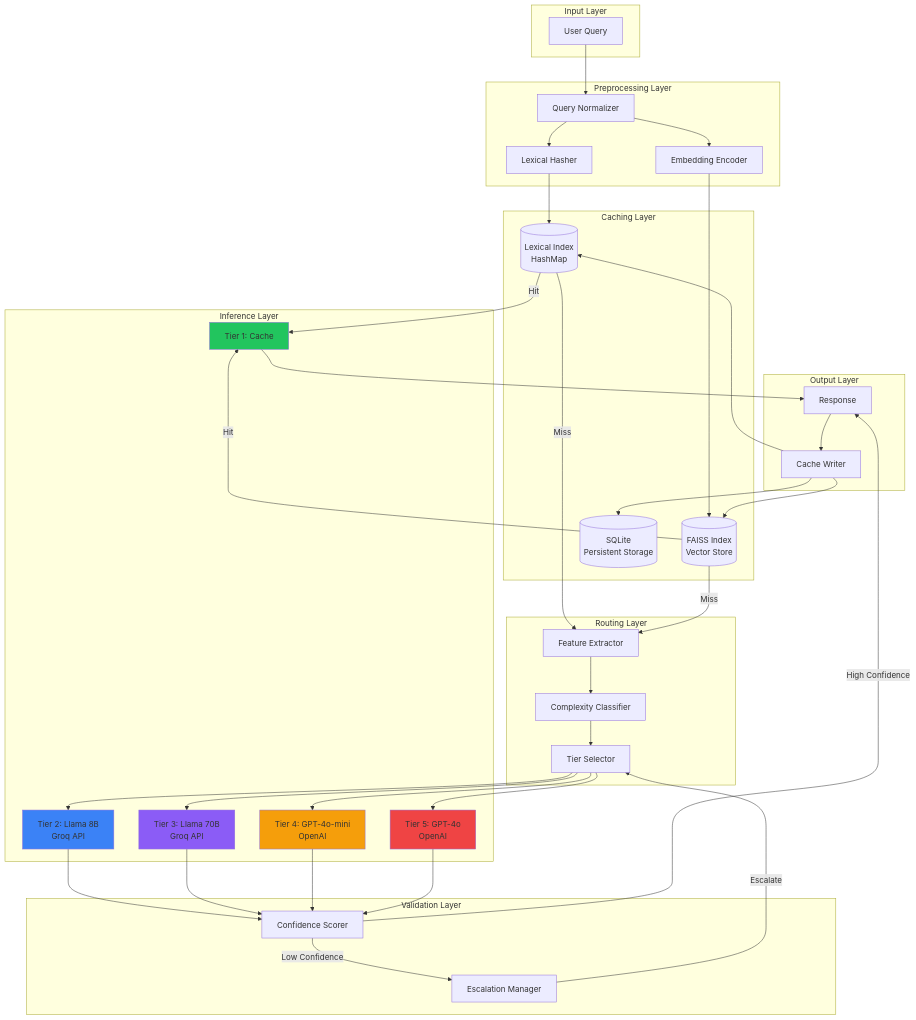
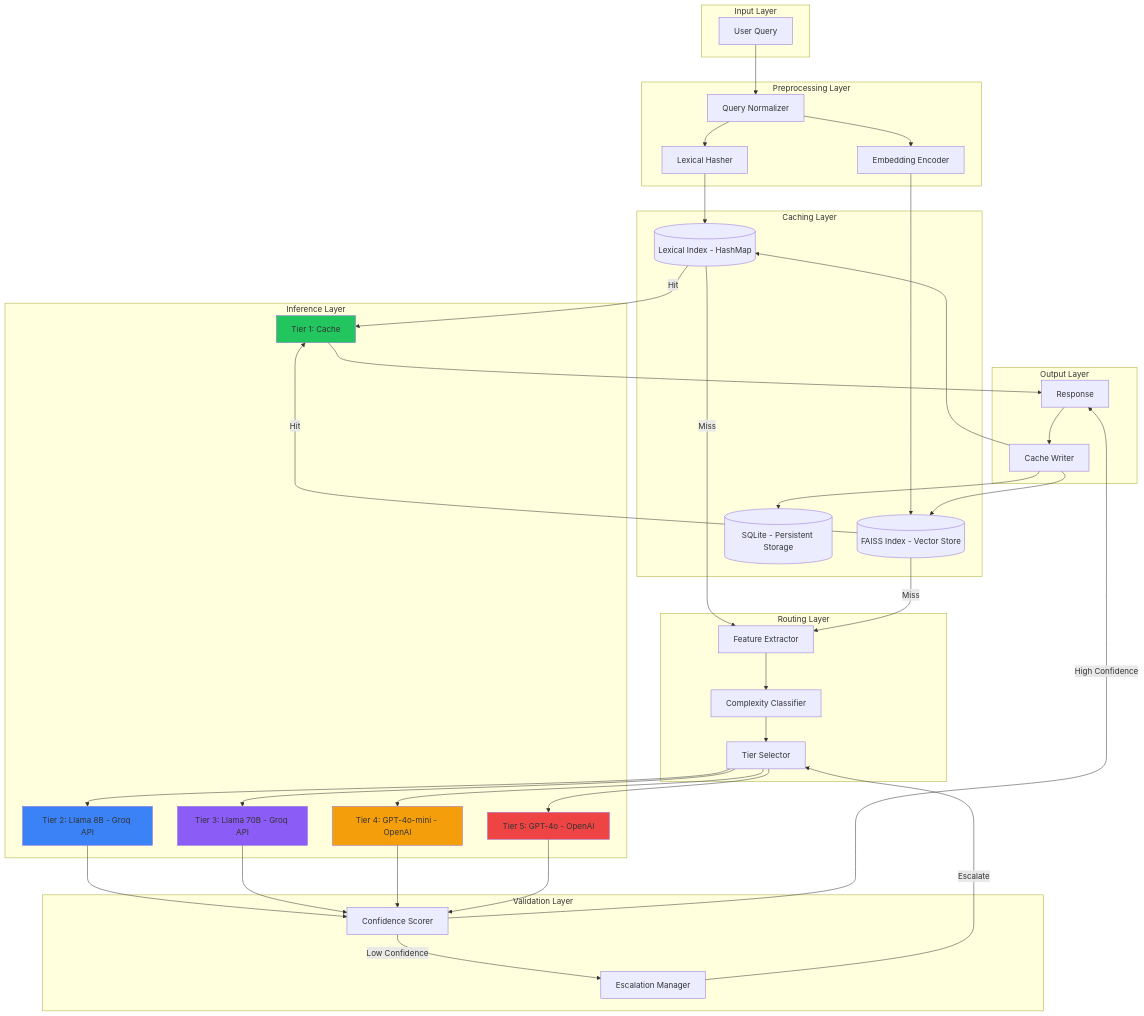
One commit to rishi02102017/swift-llm changed the second of 10 diagrams in README.md. Above: the diagram before and after it, drawn with Mermaid. The commit also changed other lines of this file, not shown here.

Commit message:
Fix Mermaid diagram syntax for GitHub rendering

````diff
--- a/README.md
+++ b/README.md
@@ -93,66 +93,66 @@
 ```mermaid
 flowchart TB
     subgraph Input Layer
         A[User Query]
     end
 
     subgraph Preprocessing Layer
         B[Query Normalizer]
         C[Lexical Hasher]
         D[Embedding Encoder]
     end
 
     subgraph Caching Layer
-        E[(Lexical Index<br/>HashMap)]
-        F[(FAISS Index<br/>Vector Store)]
-        G[(SQLite<br/>Persistent Storage)]
+        E[(Lexical Index - HashMap)]
+        F[(FAISS Index - Vector Store)]
+        G[(SQLite - Persistent Storage)]
     end
 
     subgraph Routing Layer
         H[Feature Extractor]
         I[Complexity Classifier]
         J[Tier Selector]
     end
 
     subgraph Inference Layer
         K[Tier 1: Cache]
-        L[Tier 2: Llama 8B<br/>Groq API]
-        M[Tier 3: Llama 70B<br/>Groq API]
-        N[Tier 4: GPT-4o-mini<br/>OpenAI]
-        O[Tier 5: GPT-4o<br/>OpenAI]
+        L[Tier 2: Llama 8B - Groq API]
+        M[Tier 3: Llama 70B - Groq API]
+        N[Tier 4: GPT-4o-mini - OpenAI]
+        O[Tier 5: GPT-4o - OpenAI]
     end
 
     subgraph Validation Layer
         P[Confidence Scorer]
         Q[Escalation Manager]
     end
 
     subgraph Output Layer
         R[Response]
         S[Cache Writer]
     end
 
     A --> B
     B --> C
     B --> D
     C --> E
     D --> F
     E & F --> |Hit| K
     E & F --> |Miss| H
     H --> I
     I --> J
     J --> L & M & N & O
     K --> R
     L & M & N & O --> P
     P --> |Low Confidence| Q
     Q --> |Escalate| J
     P --> |High Confidence| R
     R --> S
     S --> E & F & G
 
     style K fill:#22c55e
     style L fill:#3b82f6
     style M fill:#8b5cf6
     style N fill:#f59e0b
     style O fill:#ef4444
 ```
````
